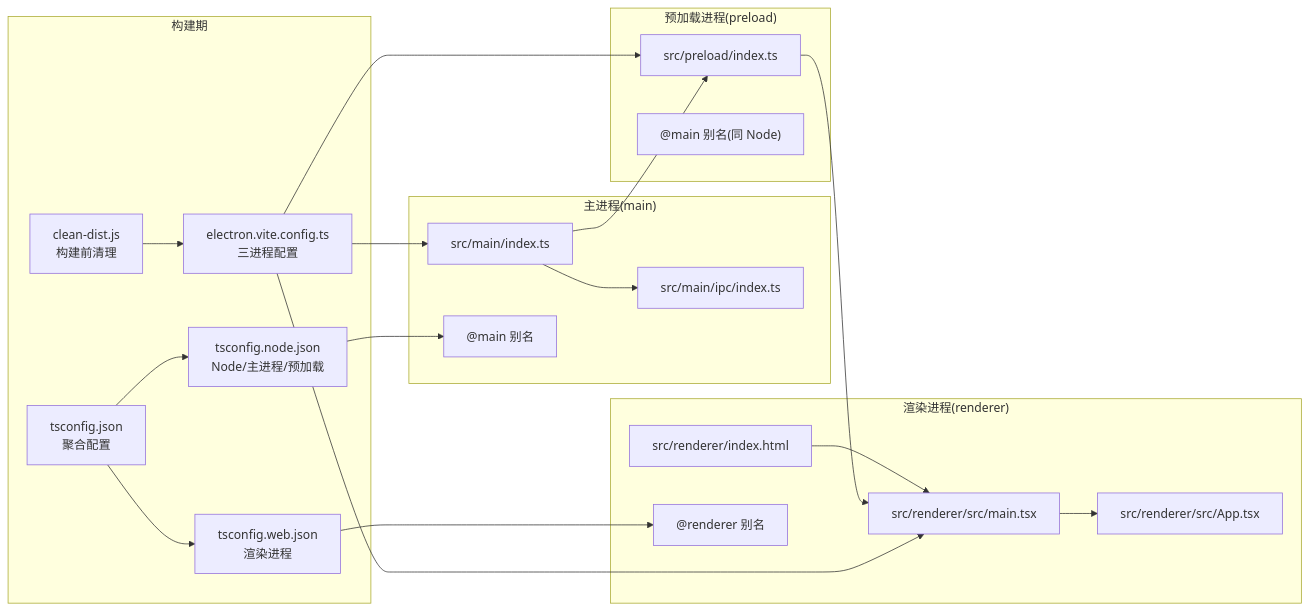
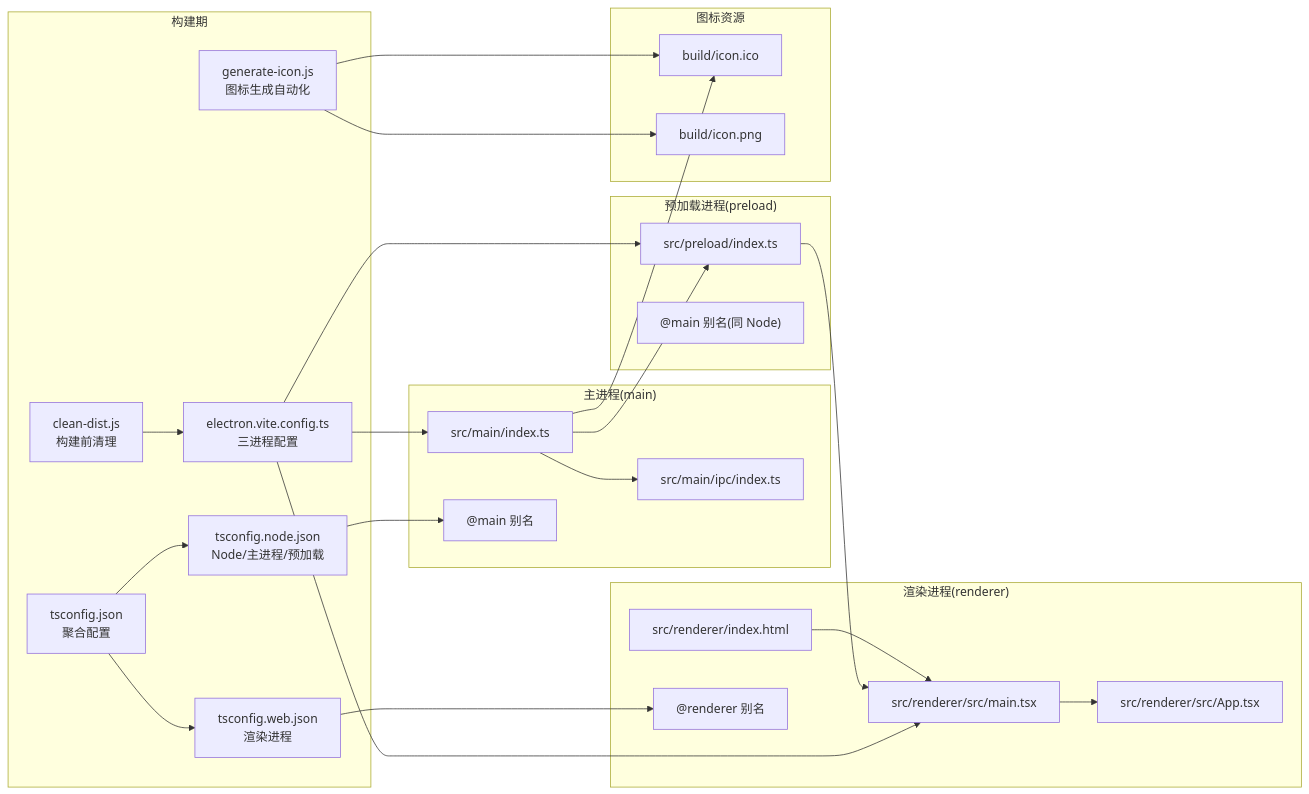
Before and after one commit to remgasuki/ReDoPhoto: the second of 9 diagrams in .qoder/repowiki/zh/content/配置与部署/构建配置.md, drawn with Mermaid. The commit also changed other lines of this file and 23 other files, not shown here.

````diff
--- a/.qoder/repowiki/zh/content/配置与部署/构建配置.md
+++ b/.qoder/repowiki/zh/content/配置与部署/构建配置.md
@@ -128,38 +149,46 @@
 ```mermaid
 graph LR
 subgraph "构建期"
 EVC["electron.vite.config.ts<br/>三进程配置"]
 TSC["tsconfig.json<br/>聚合配置"]
 TSN["tsconfig.node.json<br/>Node/主进程/预加载"]
 TSW["tsconfig.web.json<br/>渲染进程"]
 CLEAN["clean-dist.js<br/>构建前清理"]
+ICON["generate-icon.js<br/>图标生成自动化"]
 end
 subgraph "主进程(main)"
 MIDX["src/main/index.ts"]
 MIPC["src/main/ipc/index.ts"]
 ALIAS_M["@main 别名"]
 end
 subgraph "预加载进程(preload)"
 PIDX["src/preload/index.ts"]
 ALIAS_P["@main 别名(同 Node)"]
 end
 subgraph "渲染进程(renderer)"
 RIDX["src/renderer/src/main.tsx"]
 RAPP["src/renderer/src/App.tsx"]
 HTML["src/renderer/index.html"]
 ALIAS_R["@renderer 别名"]
 end
+subgraph "图标资源"
+ICO["build/icon.ico"]
+PNG["build/icon.png"]
+end
 EVC --> MIDX
 EVC --> PIDX
 EVC --> RIDX
 CLEAN --> EVC
+ICON --> ICO
+ICON --> PNG
 TSC --> TSN
 TSC --> TSW
 TSN --> ALIAS_M
 TSW --> ALIAS_R
 MIDX --> MIPC
 MIDX --> PIDX
+MIDX --> ICO
 PIDX --> RIDX
 RIDX --> RAPP
 HTML --> RIDX
 ```
````
